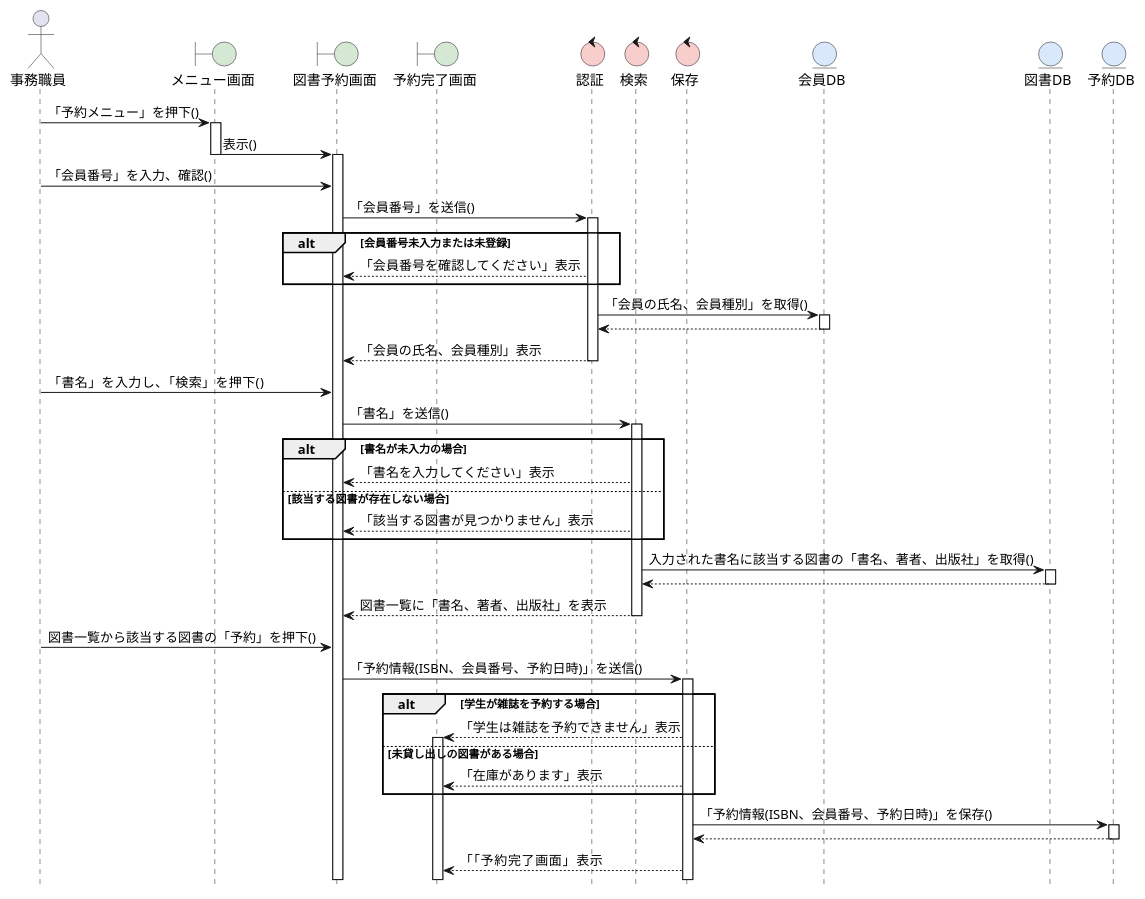
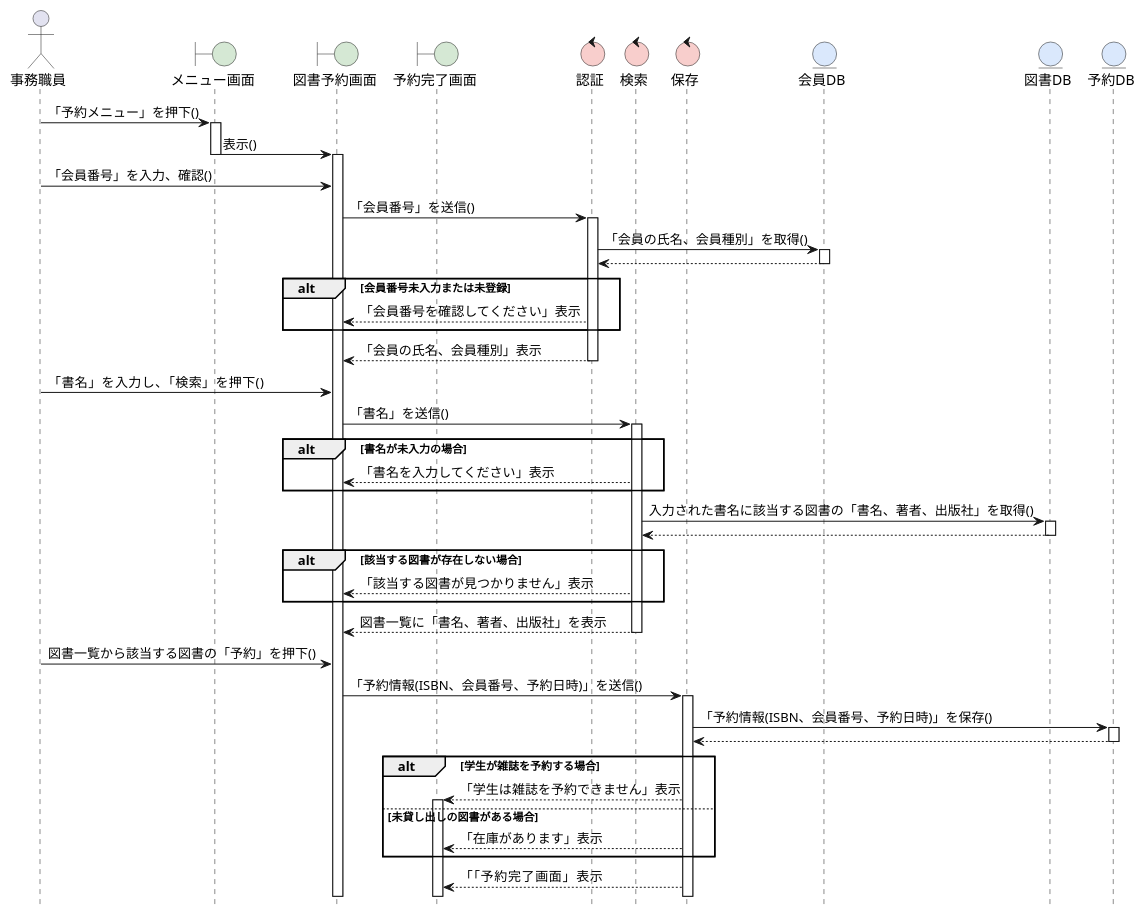
The diagram in kouka2/sequence_reserve.pu (FujikawaHirono0520/group3_1_dogdog), drawn with PlantUML before and after one commit.

Commit message:
change sequence

```diff
--- a/kouka2/sequence_reserve.pu
+++ b/kouka2/sequence_reserve.pu
@@ -1,77 +1,81 @@
 @startuml
 hide footbox
 skinparam boundaryBackgroundColor #D5E8D4
 skinparam controlBackgroundColor  #F8CECC
 skinparam entityBackgroundColor   #DAE8FC
 
 actor 事務職員 as user
 boundary メニュー画面 as B1
 boundary 図書予約画面 as B2
 boundary 予約完了画面 as B3
 control 認証 as C1
 control 検索 as C2
 control 保存 as C3
 entity 会員DB as E1
 entity 図書DB as E2
 entity 予約DB as E3
 
 user -> B1: 「予約メニュー」を押下()
 activate B1
 
 B1 -> B2: 表示()
 deactivate B1
 activate B2
 user -> B2: 「会員番号」を入力、確認()
 
 B2 -> C1: 「会員番号」を送信()
 activate C1
+C1 -> E1: 「会員の氏名、会員種別」を取得()
+activate E1
+E1 --> C1: 
+deactivate E1
 
 alt 会員番号未入力または未登録
     C1 --> B2: 「会員番号を確認してください」表示
 
 end
 
-C1 -> E1: 「会員の氏名、会員種別」を取得()
-activate E1
-E1 --> C1: 
-deactivate E1
 C1 --> B2: 「会員の氏名、会員種別」表示
 deactivate C1
 
 user -> B2: 「書名」を入力し、「検索」を押下()
 B2 -> C2: 「書名」を送信()
 activate C2
 
 alt 書名が未入力の場合
     C2 --> B2: 「書名を入力してください」表示
 
-else 該当する図書が存在しない場合
-    C2 --> B2: 「該当する図書が見つかりません」表示
-
 end
 
 C2 -> E2: 入力された書名に該当する図書の「書名、著者、出版社」を取得()
 activate E2
 E2 --> C2: 
 deactivate E2
+
+alt 該当する図書が存在しない場合
+    C2 --> B2: 「該当する図書が見つかりません」表示
+
+end
+
 C2 --> B2:図書一覧に「書名、著者、出版社」を表示
 deactivate C2
 
 user -> B2: 図書一覧から該当する図書の「予約」を押下()
 B2 -> C3: 「予約情報(ISBN、会員番号、予約日時)」を送信()
 activate C3
+C3 -> E3: 「予約情報(ISBN、会員番号、予約日時)」を保存()
+activate E3
+E3 --> C3: 
+deactivate E3
 
 alt 学生が雑誌を予約する場合
     C3 --> B3: 「学生は雑誌を予約できません」表示
     activate B3
 else 未貸し出しの図書がある場合
     C3 --> B3: 「在庫があります」表示
 
 end
-C3 -> E3: 「予約情報(ISBN、会員番号、予約日時)」を保存()
-activate E3
-E3 --> C3: 
-deactivate E3
+
 C3 --> B3:「「予約完了画面」表示
 
 @enduml
```
